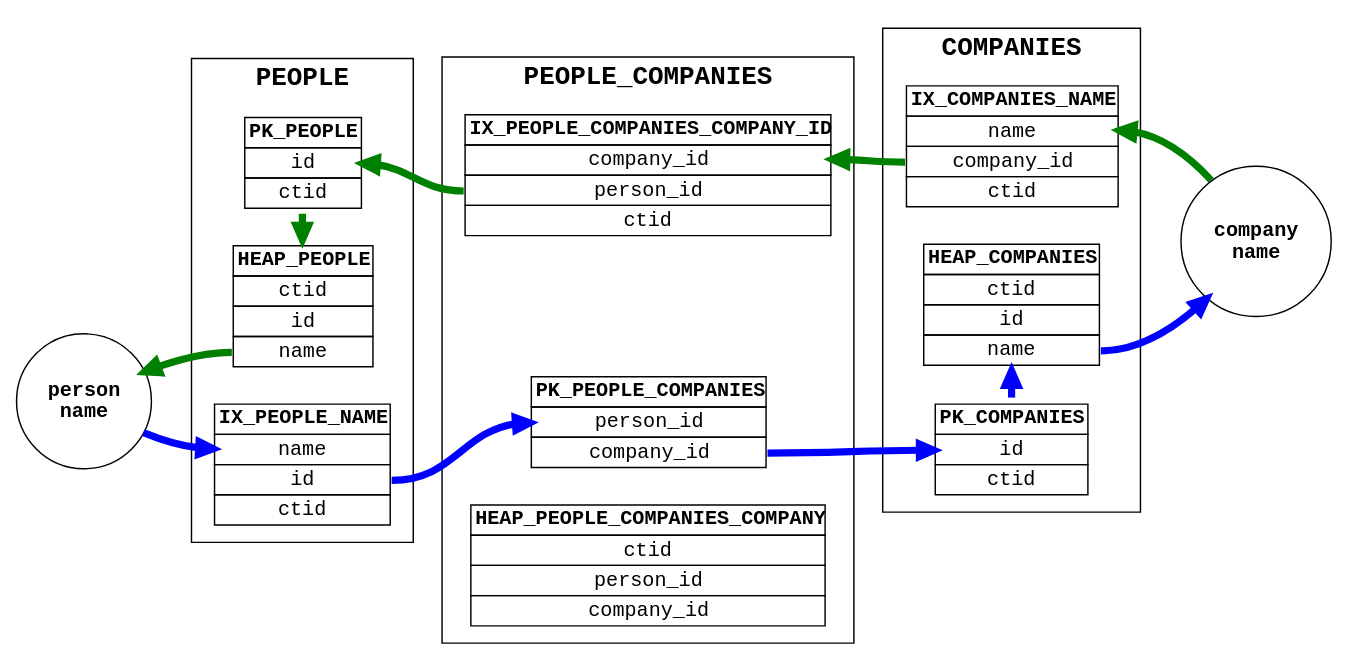
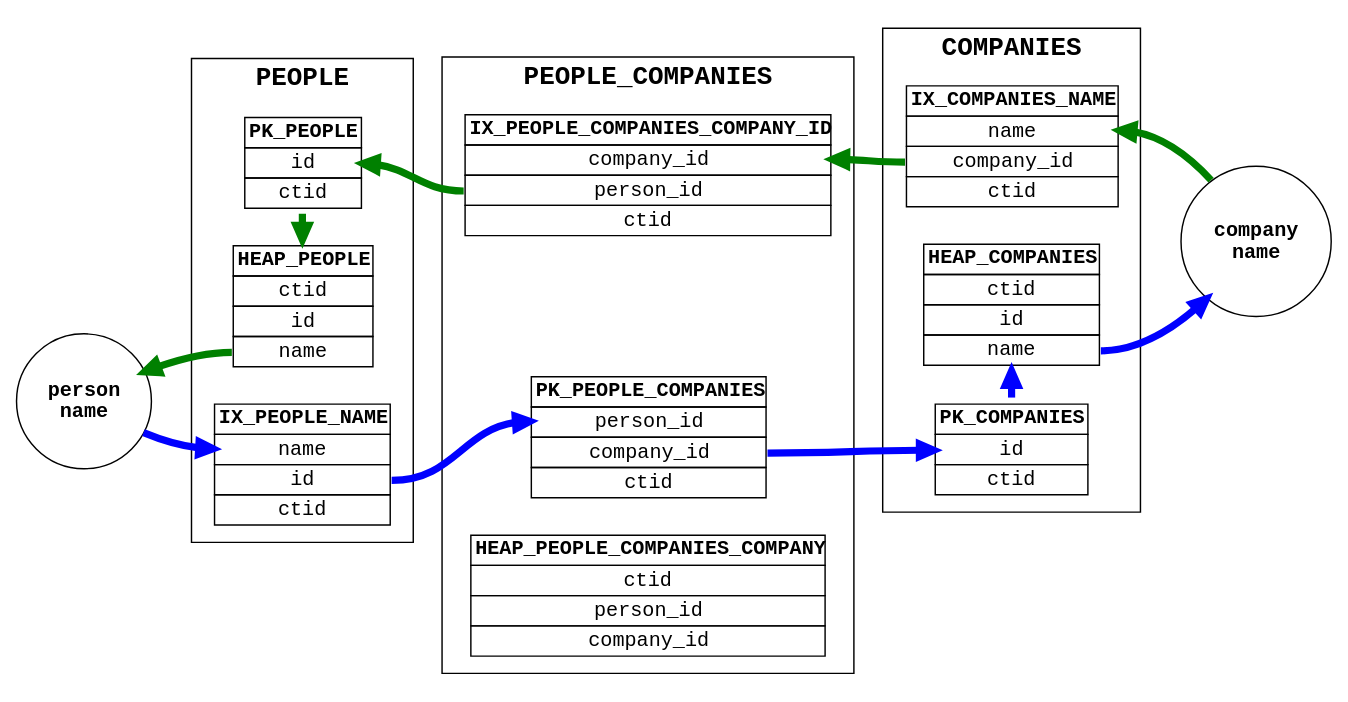
One commit to dangermike/associative_entity_redux changed the diagram in img/pg_cover.dot. Above: the diagram before and after it, drawn with Graphviz. The commit also changed 9 other files, not shown here.

```diff
--- a/img/pg_cover.dot
+++ b/img/pg_cover.dot
@@ -1,99 +1,100 @@
 digraph {
     rankdir=LR
     node [fontname="courier"]
     graph [fontname="courier-bold" fontsize="18"]
     edge [weight=1000 penwidth="5"]
 
     {
         node [fontname="courier-bold" shape="circle"]
         start_p [label="person\nname"]
         start_c [label="company\nname"]
     }
 
     subgraph cluster_pc {
         label="PEOPLE_COMPANIES"
         pk_pc [shape="plaintext" label=<<TABLE BORDER="0" CELLBORDER="1" CELLSPACING="0">
             <TR><TD><B>PK_PEOPLE_COMPANIES</B></TD></TR>
             <TR><TD port="pid">person_id</TD></TR>
             <TR><TD port="cid">company_id</TD></TR>
+            <TR><TD port="ctid">ctid</TD></TR>
         </TABLE>>]
         ix_pc [shape="plaintext" label=<<TABLE BORDER="0" CELLBORDER="1" CELLSPACING="0">
             <TR><TD><B>IX_PEOPLE_COMPANIES_COMPANY_ID</B></TD></TR>
             <TR><TD port="cid">company_id</TD></TR>
             <TR><TD port="pid">person_id</TD></TR>
             <TR><TD port="ctid">ctid</TD></TR>
         </TABLE>>]
         heap_pc [shape="plaintext" label=<<TABLE BORDER="0" CELLBORDER="1" CELLSPACING="0">
             <TR><TD port="t"><B>HEAP_PEOPLE_COMPANIES_COMPANY</B></TD></TR>
             <TR><TD port="id">ctid</TD></TR>
             <TR><TD port="pid">person_id</TD></TR>
             <TR><TD port="ctid">company_id</TD></TR>
         </TABLE>>]
         { rank=same; pk_pc -> ix_pc [minlen="5" style="invis"] }
-        { rank=same; heap_pc -> ix_pc:r [minlen="1" dir="back" color="green" style="invis"] }
+        { rank=same; heap_pc -> ix_pc [minlen="1" dir="back" color="green" style="invis"] }
     }
 
     subgraph cluster_companies {
         label="COMPANIES"
         pk_companies [shape="plaintext" label=<<TABLE  BORDER="0" CELLBORDER="1" CELLSPACING="0">
             <TR><TD><B>PK_COMPANIES</B></TD></TR>
             <TR><TD port="cid">id</TD></TR>
             <TR><TD port="ctid">ctid</TD></TR>
         </TABLE>>]
         ix_companies [shape="plaintext" label=<<TABLE  BORDER="0" CELLBORDER="1" CELLSPACING="0">
             <TR><TD><B>IX_COMPANIES_NAME</B></TD></TR>
             <TR><TD port="name">name</TD></TR>
             <TR><TD port="cid">company_id</TD></TR>
             <TR><TD port="ctid">ctid</TD></TR>
         </TABLE>>]
         heap_companies [shape="plaintext" label=<<TABLE  BORDER="0" CELLBORDER="1" CELLSPACING="0">
             <TR><TD><B>HEAP_COMPANIES</B></TD></TR>
             <TR><TD port="ctid">ctid</TD></TR>
             <TR><TD port="cid">id</TD></TR>
             <TR><TD port="name">name</TD></TR>
         </TABLE>>]
 
         { rank=same; pk_companies -> ix_companies [minlen="5" style="invis"] }
         { rank=same; pk_companies -> heap_companies [color="blue"] }
     }
 
     subgraph cluster_people {
         label="PEOPLE"
         pk_people [shape="plaintext" label=<<TABLE  BORDER="0" CELLBORDER="1" CELLSPACING="0">
             <TR><TD><B>PK_PEOPLE</B></TD></TR>
             <TR><TD port="pid">id</TD></TR>
             <TR><TD port="ctid">ctid</TD></TR>
         </TABLE>>]
         ix_people [shape="plaintext" label=<<TABLE  BORDER="0" CELLBORDER="1" CELLSPACING="0">
             <TR><TD><B>IX_PEOPLE_NAME</B></TD></TR>
             <TR><TD port="name">name</TD></TR>
             <TR><TD port="pid">id</TD></TR>
             <TR><TD port="ctid">ctid</TD></TR>
         </TABLE>>]
         heap_people [shape="plaintext" label=<<TABLE  BORDER="0" CELLBORDER="1" CELLSPACING="0">
             <TR><TD><B>HEAP_PEOPLE</B></TD></TR>
             <TR><TD port="ctid">ctid</TD></TR>
             <TR><TD port="pid">id</TD></TR>
             <TR><TD port="name">name</TD></TR>
         </TABLE>>]
         { rank=same; ix_people -> pk_people [minlen=5 style="invis"] }
         { rank=same; ix_people -> heap_people [minlen=1 color="blue" style="invis"] }
         { rank=same; pk_people -> heap_people [minlen=1 color="green" constraint="false"] }
     }
 
     {
         edge [color="blue"]
         start_p -> ix_people:name
         ix_people:pid -> pk_pc:pid
         pk_pc:cid -> pk_companies:cid
         heap_companies:name -> start_c
     }
 
     {
         edge [dir="back" color="green"]
         ix_companies:name -> start_c
         ix_pc:cid -> ix_companies:cid
         pk_people:pid -> ix_pc:pid
         start_p -> heap_people:name
     }
 }
```
